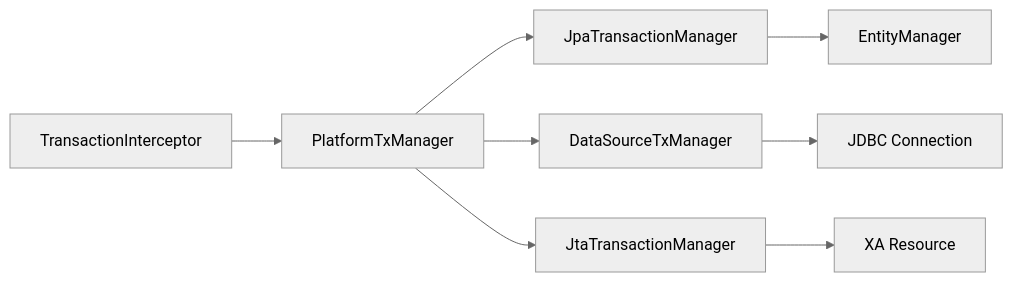
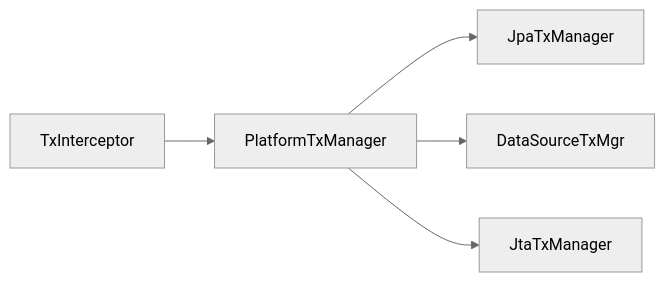
Before and after one commit to yjkim2015/yjkim2015.github.io: the first of 4 diagrams in _posts/spring/2026-05-01-spring-transaction.md, drawn with Mermaid (neutral theme). The commit also changed other lines of this file and 245 other files, not shown here.

First line of the commit message:
Mermaid 다이어그램 전면 수정 + 면접 포인트 접기/펼치기 + DB 데드락 페이지

````diff
--- a/_posts/spring/2026-05-01-spring-transaction.md
+++ b/_posts/spring/2026-05-01-spring-transaction.md
@@ -111,10 +111,7 @@
 ```mermaid
 graph LR
-    TI["TransactionInterceptor"] --> PTM["PlatformTxManager"]
-    PTM --> JPA["JpaTransactionManager"]
-    PTM --> DS["DataSourceTxManager"]
-    PTM --> JTA["JtaTransactionManager"]
-    JPA --> EM["EntityManager"]
-    DS --> JDBC["JDBC Connection"]
-    JTA --> XA["XA Resource"]
+    TI["TxInterceptor"] --> PTM["PlatformTxManager"]
+    PTM --> JPA["JpaTxManager"]
+    PTM --> DS["DataSourceTxMgr"]
+    PTM --> JTA["JtaTxManager"]
 ```
````
